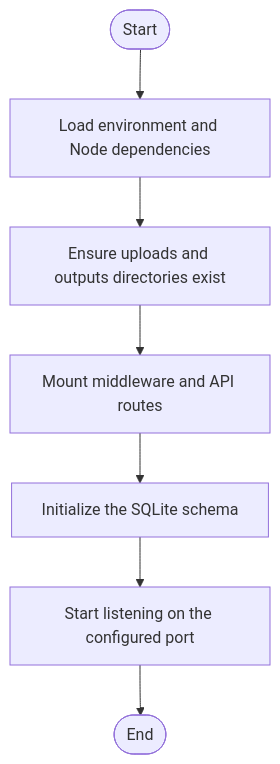
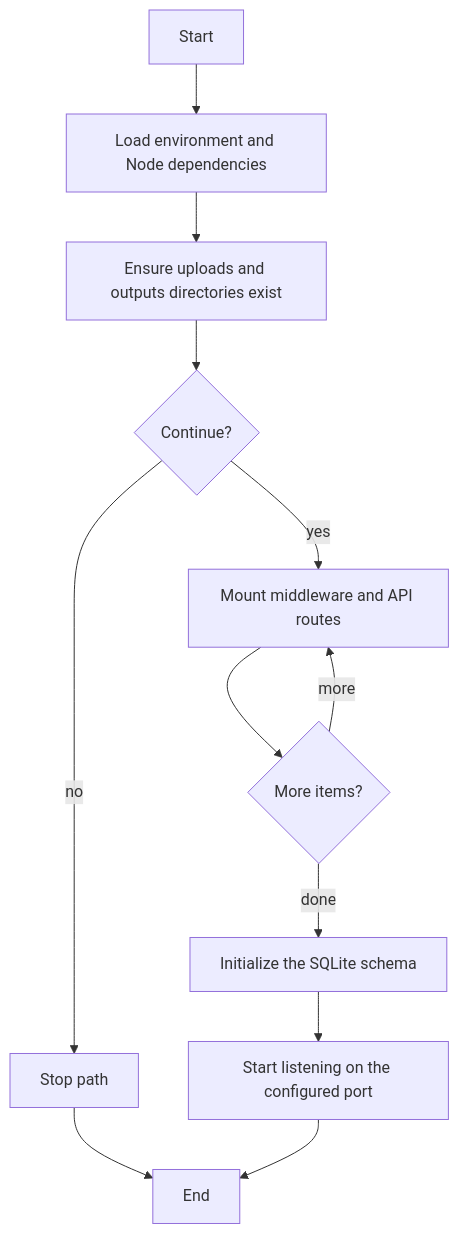
One commit to JohnAndrewBalbarosa/NeoTerritory changed the diagram in docs/Codebase/Backend/server.js.md. Above: the diagram before and after it, drawn with Mermaid. The commit also changed other lines of this file and 752 other files, not shown here.

````diff
--- a/docs/Codebase/Backend/server.js.md
+++ b/docs/Codebase/Backend/server.js.md
@@ -50,16 +22,24 @@
 ```mermaid
 flowchart TD
-    Start([Start])
-    N0[Load environment and Node dependencies]
-    N1[Ensure uploads and outputs directories exist]
-    N2[Mount middleware and API routes]
-    N3[Initialize the SQLite schema]
-    N4[Start listening on the configured port]
-    End([End])
+    Start["Start"]
+    N0["Load environment and Node dependencies"]
+    N1["Ensure uploads and outputs directories exist"]
+    D1{"Continue?"}
+    R1["Stop path"]
+    N2["Mount middleware and API routes"]
+    L2{"More items?"}
+    N3["Initialize the SQLite schema"]
+    N4["Start listening on the configured port"]
+    End["End"]
     Start --> N0
     N0 --> N1
-    N1 --> N2
-    N2 --> N3
+    N1 --> D1
+    D1 -->|yes| N2
+    D1 -->|no| R1
+    R1 --> End
+    N2 --> L2
+    L2 -->|more| N2
+    L2 -->|done| N3
     N3 --> N4
     N4 --> End
 ```
````
